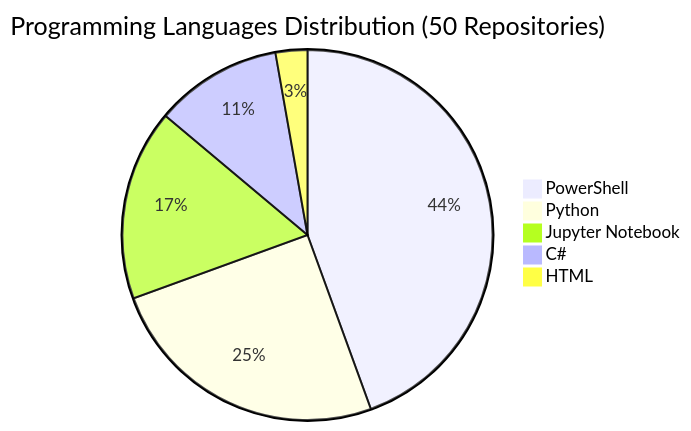
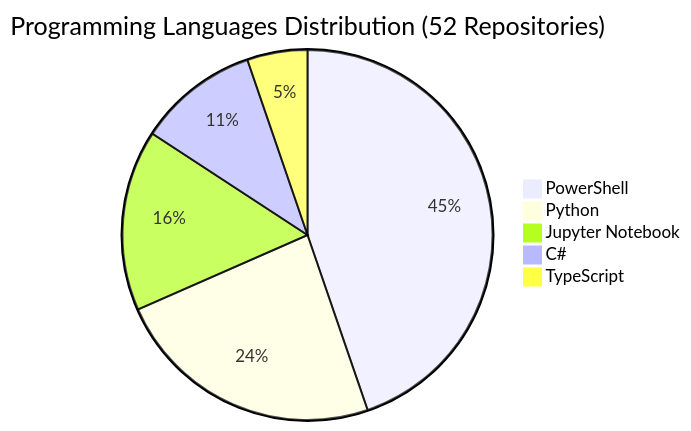
One commit to fabioc-aloha/fabioc-aloha changed the diagram in REPOS.md. Above: the diagram before and after it, drawn with Mermaid. The commit also changed other lines of this file and 1 other file, not shown here.

````diff
--- a/REPOS.md
+++ b/REPOS.md
@@ -128,8 +129,8 @@
 ```mermaid
-pie title Programming Languages Distribution (50 Repositories)
-    "PowerShell" : 16
+pie title Programming Languages Distribution (52 Repositories)
+    "PowerShell" : 17
     "Python" : 9
     "Jupyter Notebook" : 6
     "C#" : 4
-    "HTML" : 1
+    "TypeScript" : 2
 ```
````
